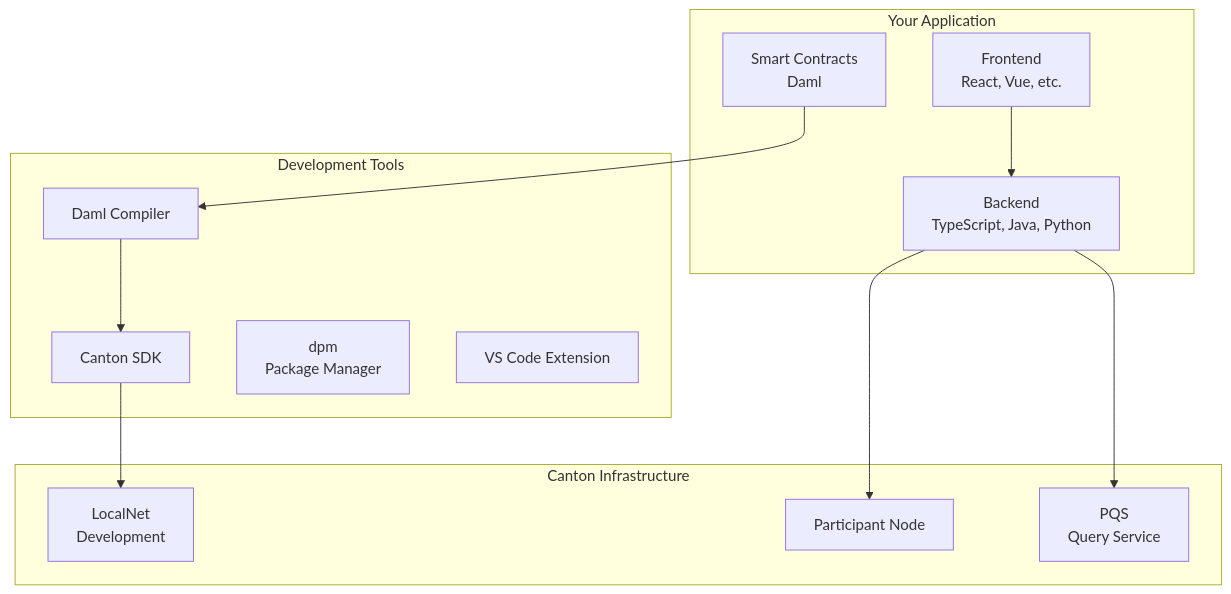
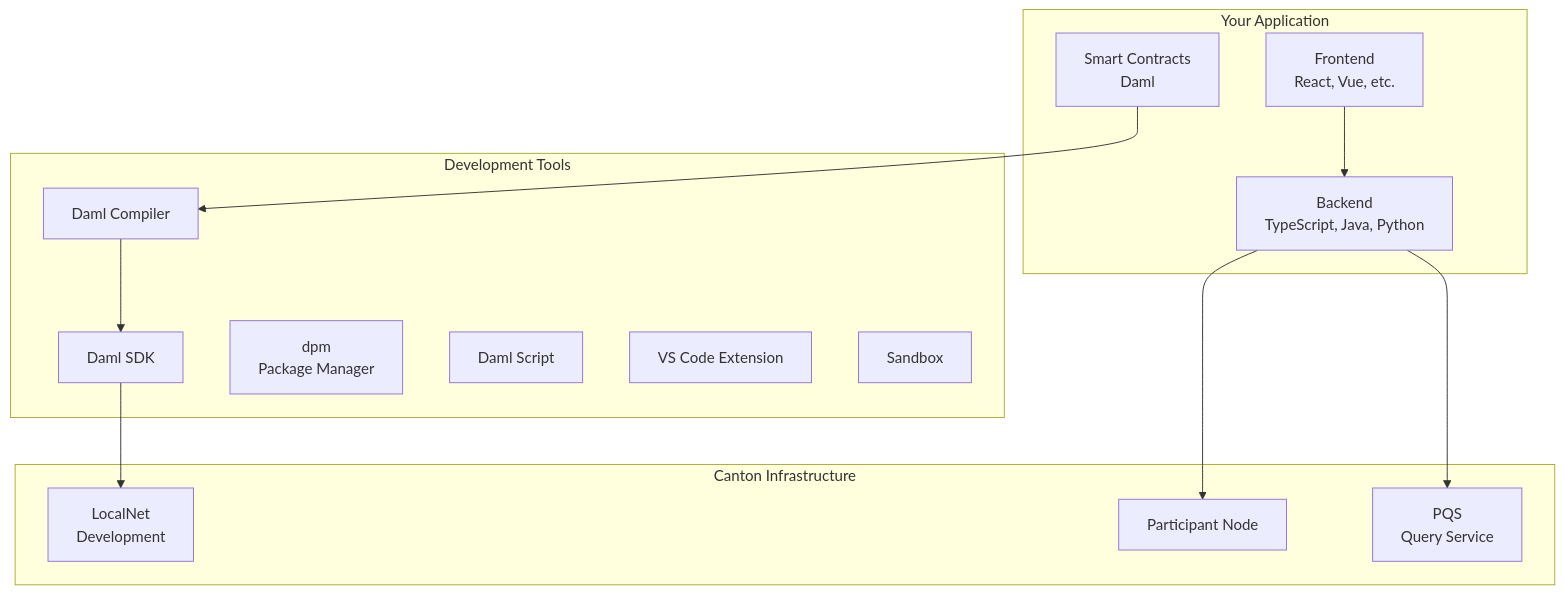
One commit to canton-network/cf-docs changed the first of 2 diagrams in docs-main/appdev/modules/m1-development-stack.mdx. Above: the diagram before and after it, drawn with Mermaid. The commit also changed other lines of this file and 21 other files, not shown here.

````diff
--- a/docs-main/appdev/modules/m1-development-stack.mdx
+++ b/docs-main/appdev/modules/m1-development-stack.mdx
@@ -10,28 +10,30 @@
 ```mermaid
 flowchart TB
     subgraph App[Your Application]
         FE[Frontend<br>React, Vue, etc.]
         BE[Backend<br>TypeScript, Java, Python]
         SC[Smart Contracts<br>Daml]
     end
 
     subgraph Tools[Development Tools]
-        SDK[Canton SDK]
+        SDK[Daml SDK]
         DPM[dpm<br>Package Manager]
         DAML[Daml Compiler]
+        SCRIPT[Daml Script]
         VSC[VS Code Extension]
+        SANDBOX[Sandbox]
     end
 
     subgraph Infra[Canton Infrastructure]
         LOCAL[LocalNet<br>Development]
         PART[Participant Node]
         PQS[PQS<br>Query Service]
     end
 
     SC --> DAML
     DAML --> SDK
     SDK --> LOCAL
     FE --> BE
     BE --> PART
     BE --> PQS
 ```
````
